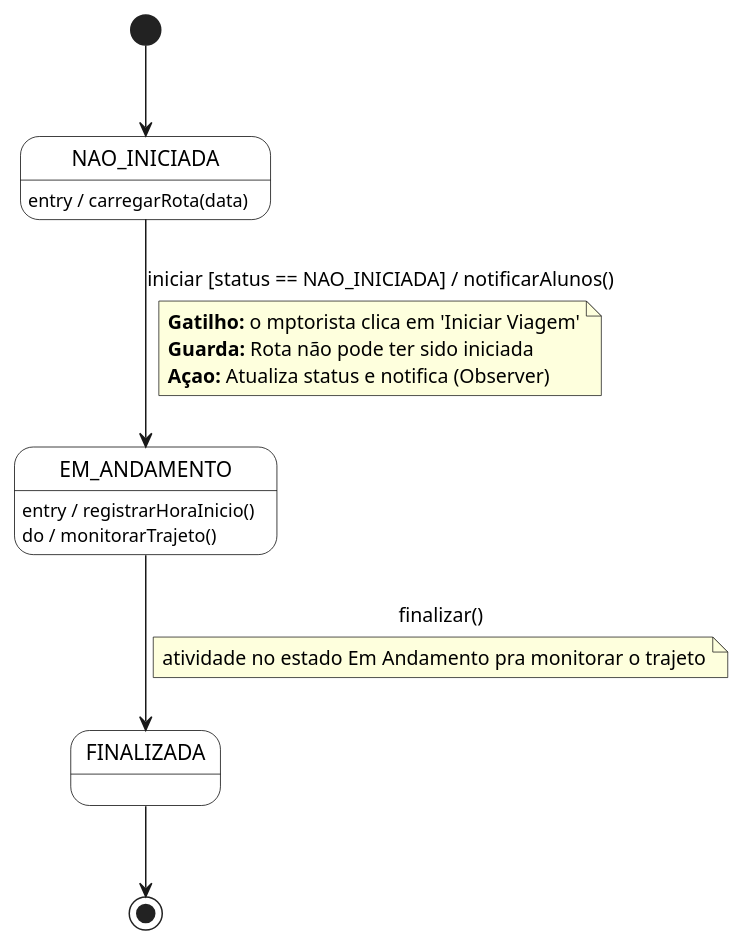
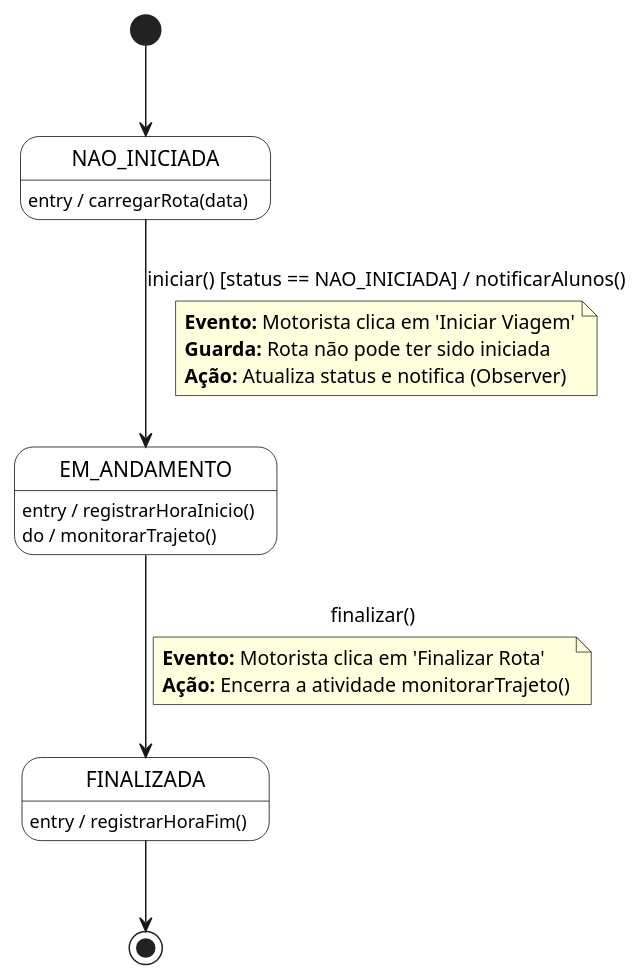
Before and after one commit to viniciusdias2902/modelagem_uml: the diagram in estado/Caso_05_Estado.puml, drawn with PlantUML. The commit also changed 3 other files, not shown here.

Commit message:
corrigido os  diagramas de estado

```diff
--- a/estado/Caso_05_Estado.puml
+++ b/estado/Caso_05_Estado.puml
@@ -1,30 +1,34 @@
 @startuml
 skinparam state {
   BackgroundColor White
   BorderColor Black
 }
 
 state "NAO_INICIADA" as NaoIniciada
 state "EM_ANDAMENTO" as EmAndamento
 state "FINALIZADA" as Finalizada
 
 [*] --> NaoIniciada
 
 NaoIniciada : entry / carregarRota(data)
 
-NaoIniciada --> EmAndamento : iniciar [status == NAO_INICIADA] / notificarAlunos()
+NaoIniciada --> EmAndamento : iniciar() [status == NAO_INICIADA] / notificarAlunos()
 note on link
-  <b>Gatilho:</b> o mptorista clica em 'Iniciar Viagem'
+  <b>Evento:</b> Motorista clica em 'Iniciar Viagem'
   <b>Guarda:</b> Rota não pode ter sido iniciada
-  <b>Açao:</b> Atualiza status e notifica (Observer)
+  <b>Ação:</b> Atualiza status e notifica (Observer)
 end note
 
 EmAndamento : entry / registrarHoraInicio()
 EmAndamento : do / monitorarTrajeto()
 
-EmAndamento --> Finalizada : finalizar()
+EmAndamento --> Finalizada : finalizar() 
 note on link
-  atividade no estado Em Andamento pra monitorar o trajeto
+  <b>Evento:</b> Motorista clica em 'Finalizar Rota'
+  <b>Ação:</b> Encerra a atividade monitorarTrajeto()
 end note
+
+Finalizada : entry / registrarHoraFim()
+
 Finalizada --> [*]
 @enduml
```
